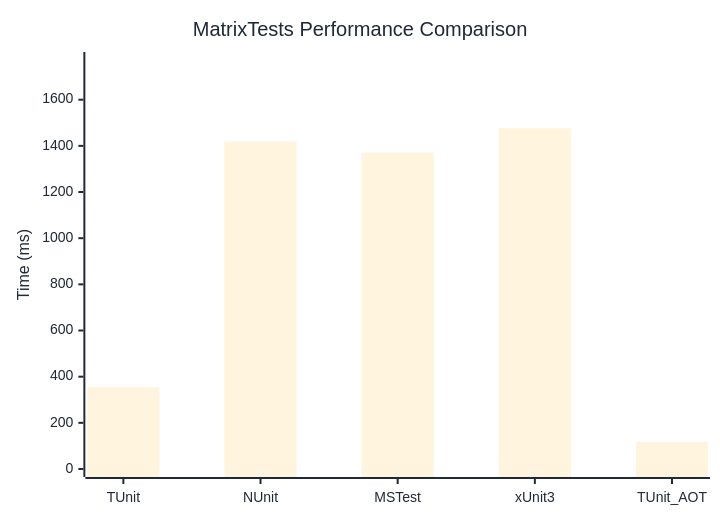
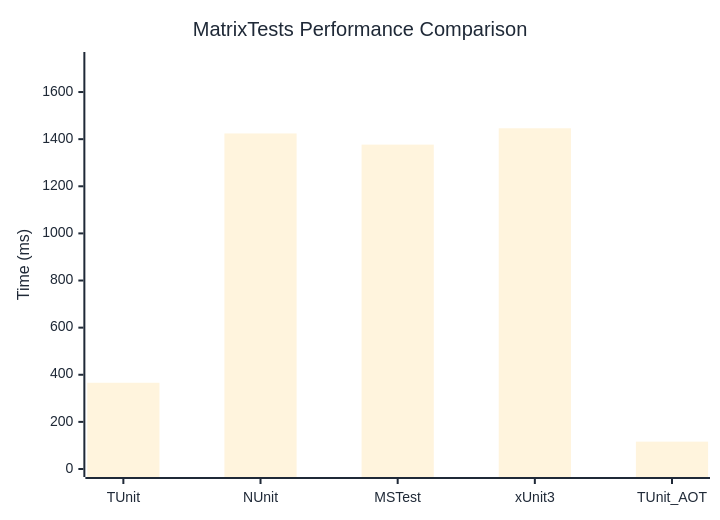
One commit to thomhurst/TUnit changed the diagram in docs/docs/benchmarks/engine/MatrixTests.md. Above: the diagram before and after it, drawn with Mermaid. The commit also changed other lines of this file and 17 other files, not shown here.

````diff
--- a/docs/docs/benchmarks/engine/MatrixTests.md
+++ b/docs/docs/benchmarks/engine/MatrixTests.md
@@ -29,37 +29,37 @@
 ```mermaid
 %%{init: {
   'theme':'base',
   'themeVariables': {
     'primaryColor': '#2563eb',
     'primaryTextColor': '#1f2937',
     'primaryBorderColor': '#1e40af',
     'lineColor': '#6b7280',
     'secondaryColor': '#7c3aed',
     'tertiaryColor': '#dc2626',
     'background': '#ffffff',
     'mainBkg': '#2563eb',
     'secondBkg': '#7c3aed',
     'tertiaryBkg': '#dc2626',
     'clusterBkg': '#f3f4f6',
     'edgeLabelBackground': '#ffffff',
     'tertiaryTextColor': '#1f2937',
     'pie1': '#2563eb',
     'pie2': '#7c3aed',
     'pie3': '#dc2626',
     'pie4': '#f59e0b',
     'pie5': '#10b981',
     'pie6': '#06b6d4',
     'pie7': '#ec4899',
     'pie8': '#6366f1',
     'pie9': '#84cc16',
     'pie10': '#f97316',
     'pie11': '#14b8a6',
     'pie12': '#a855f7'
   }
 }}%%
 xychart-beta
   title "MatrixTests Performance Comparison"
   x-axis ["TUnit", "NUnit", "MSTest", "xUnit3", "TUnit_AOT"]
-  y-axis "Time (ms)" 0 --> 1772
-  bar [354.5, 1419, 1371, 1476.5, 116.6]
+  y-axis "Time (ms)" 0 --> 1736
+  bar [366, 1424.2, 1376.9, 1446.2, 116.1]
 ```
````
